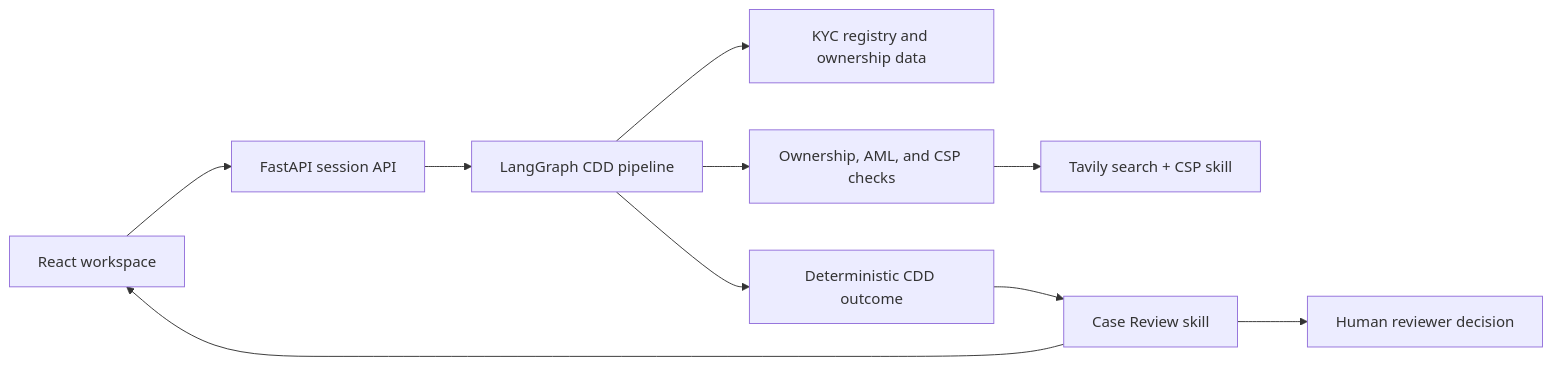
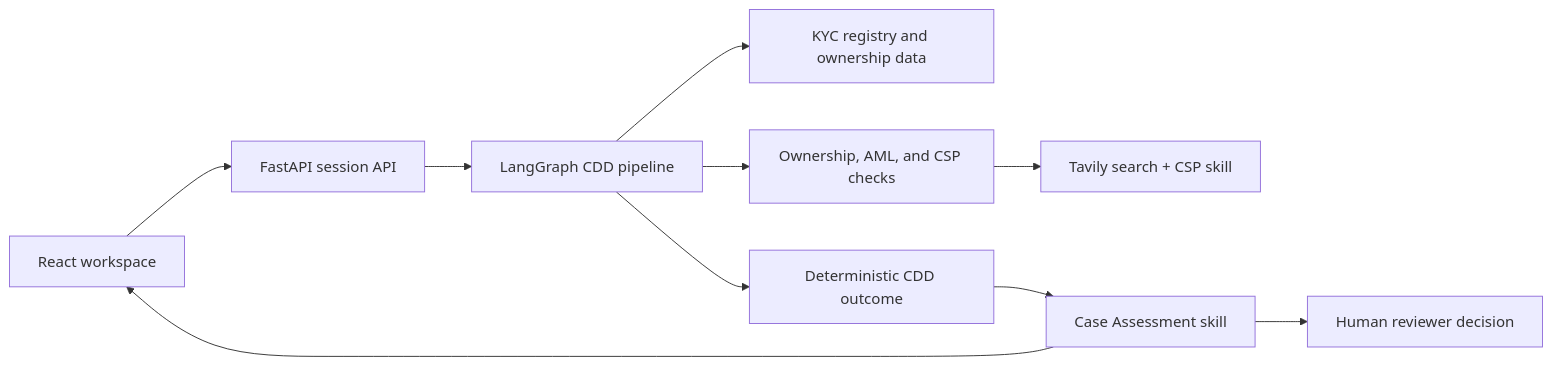
One commit to 2gauravc/aml-cowork2 changed the diagram in README.md. Above: the diagram before and after it, drawn with Mermaid. The commit also changed other lines of this file and 12 other files, not shown here.

Commit message:
Rename case review to case assessment

````diff
--- a/README.md
+++ b/README.md
@@ -36,12 +36,12 @@
 ```mermaid
 flowchart LR
   UI[React workspace] --> API[FastAPI session API]
   API --> Graph[LangGraph CDD pipeline]
   Graph --> KYC[KYC registry and ownership data]
   Graph --> Flags[Ownership, AML, and CSP checks]
   Flags --> CSP[Tavily search + CSP skill]
   Graph --> Finalize[Deterministic CDD outcome]
-  Finalize --> Review[Case Review skill]
+  Finalize --> Review[Case Assessment skill]
   Review --> UI
   Review --> Decision[Human reviewer decision]
 ```
````
